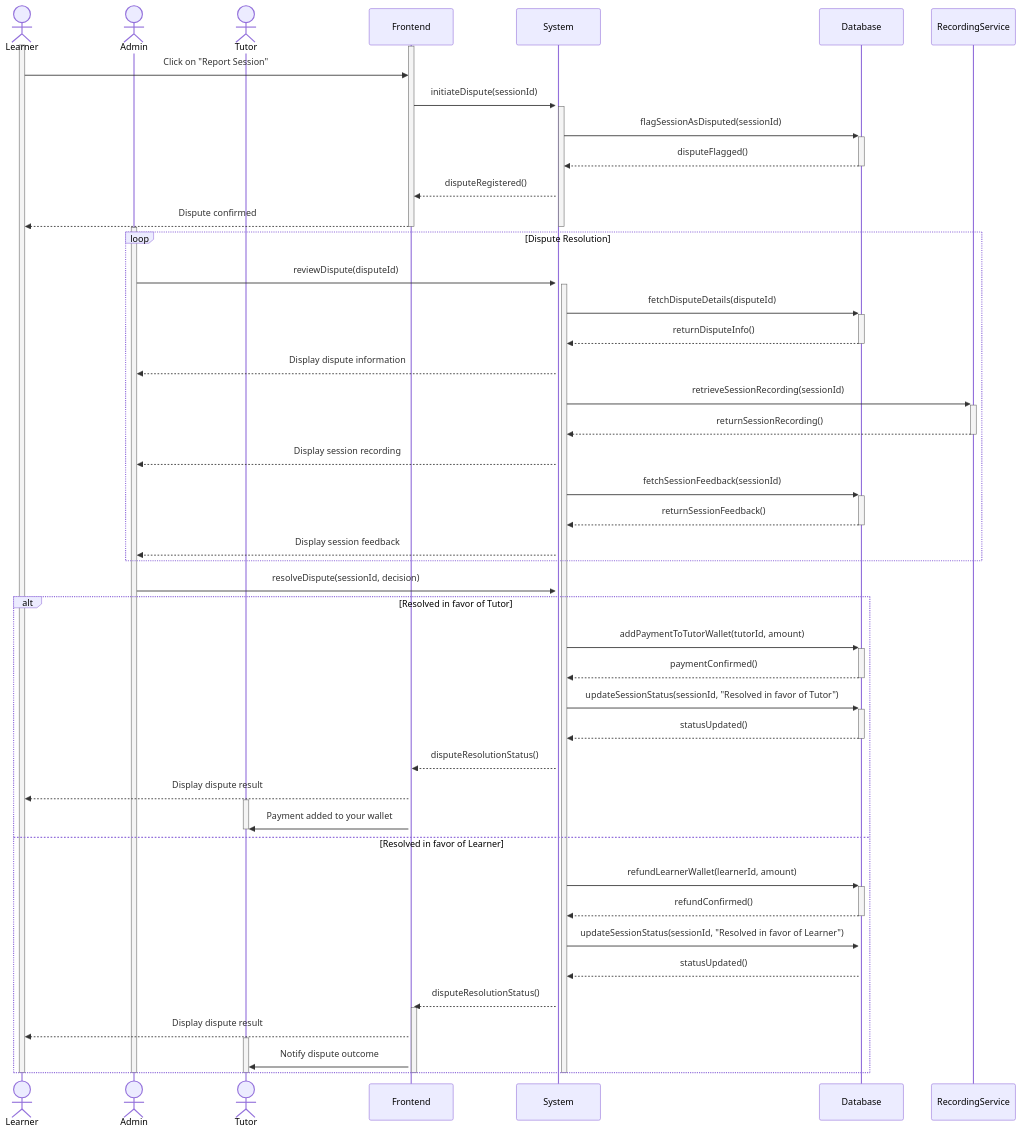
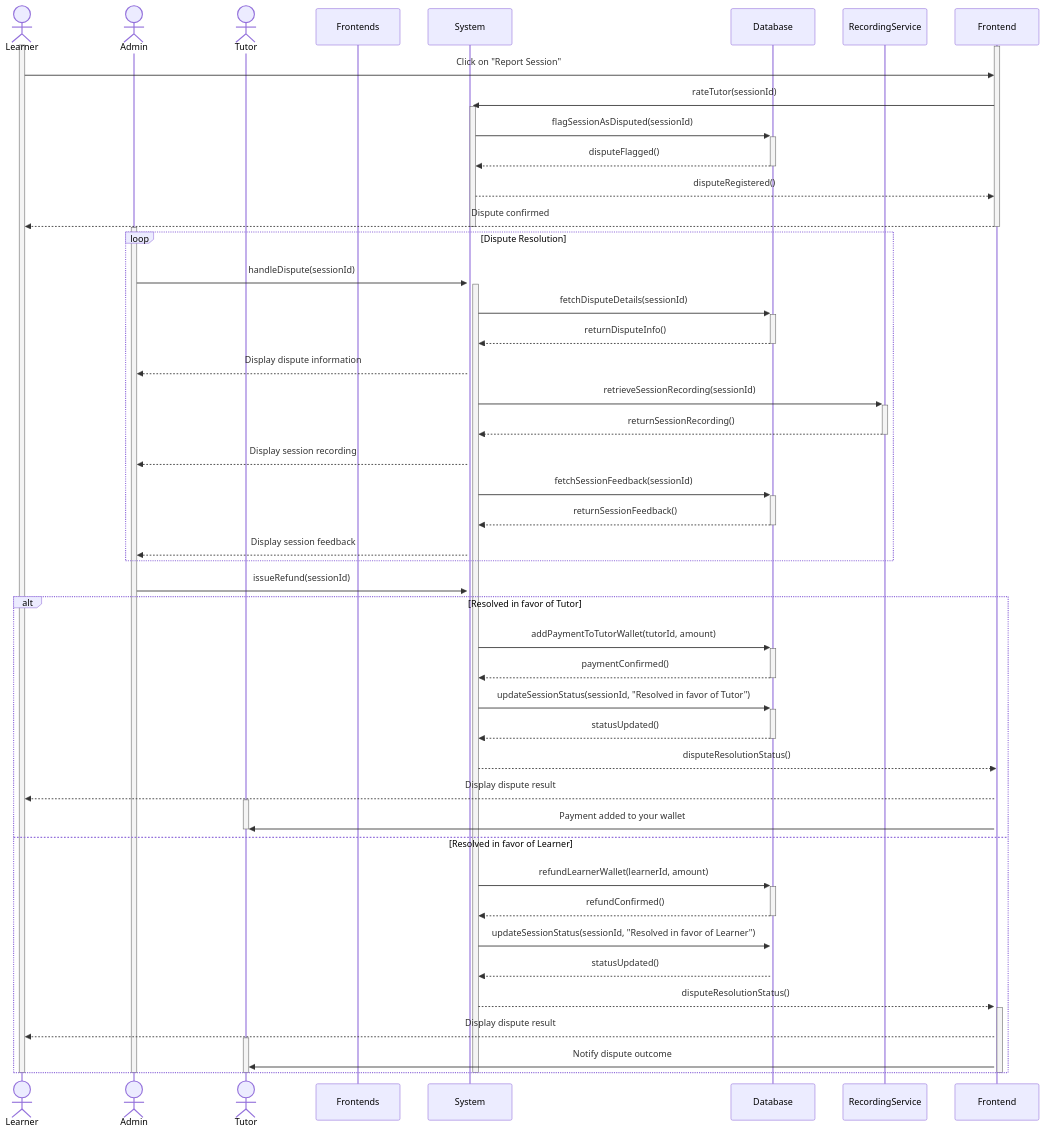
One commit to Shaar03/Diagrams changed the diagram in disputeHandling.mermaid. Above: the diagram before and after it, drawn with Mermaid.

```diff
--- a/disputeHandling.mermaid
+++ b/disputeHandling.mermaid
@@ -1,66 +1,66 @@
 sequenceDiagram
     actor Learner
     actor Admin
     actor Tutor
-    participant Frontend
+    participant Frontends
     participant System
     participant Database
     participant RecordingService
 
     activate Learner
     activate Frontend
     Learner->>Frontend: Click on "Report Session"
-    Frontend->>+System: initiateDispute(sessionId)
+    Frontend->>+System: rateTutor(sessionId)
     activate System
     System->>+Database: flagSessionAsDisputed(sessionId)
     Database-->>-System: disputeFlagged()
     System-->>Frontend: disputeRegistered()
     Frontend-->>Learner: Dispute confirmed
     deactivate Frontend
     deactivate System
 
     activate Admin
     activate System
 
     loop Dispute Resolution
-        Admin->>+System: reviewDispute(disputeId)
-        System->>+Database: fetchDisputeDetails(disputeId)
+        Admin->>+System: handleDispute(sessionId)
+        System->>+Database: fetchDisputeDetails(sessionId)
         Database-->>-System: returnDisputeInfo()
         System-->>Admin: Display dispute information
         System->>+RecordingService: retrieveSessionRecording(sessionId)
         RecordingService-->>-System: returnSessionRecording()
         System-->>Admin: Display session recording
 
         System->>+Database: fetchSessionFeedback(sessionId)
         Database-->>-System: returnSessionFeedback()
         System-->>Admin: Display session feedback
     end
 
-    Admin->>System: resolveDispute(sessionId, decision)
+    Admin->>System: issueRefund(sessionId)
     alt Resolved in favor of Tutor
         System->>+Database: addPaymentToTutorWallet(tutorId, amount)
         Database-->>-System: paymentConfirmed()
         System->>+Database: updateSessionStatus(sessionId, "Resolved in favor of Tutor")
         Database-->>-System: statusUpdated()
         System-->>Frontend: disputeResolutionStatus()
         activate Frontend
         Frontend-->>Learner: Display dispute result
         activate Tutor
         Frontend->>Tutor: Payment added to your wallet
         deactivate Tutor
     else Resolved in favor of Learner
         System->>+Database: refundLearnerWallet(learnerId, amount)
         Database-->>-System: refundConfirmed()
         System->>+Database: updateSessionStatus(sessionId, "Resolved in favor of Learner")
         Database-->>System: statusUpdated()
         System-->>Frontend: disputeResolutionStatus()
         activate Frontend
         Frontend-->>Learner: Display dispute result
         activate Tutor
         Frontend->>Tutor: Notify dispute outcome
     end
     deactivate System
     deactivate Frontend
     deactivate Admin
     deactivate Learner
     deactivate Tutor
```
